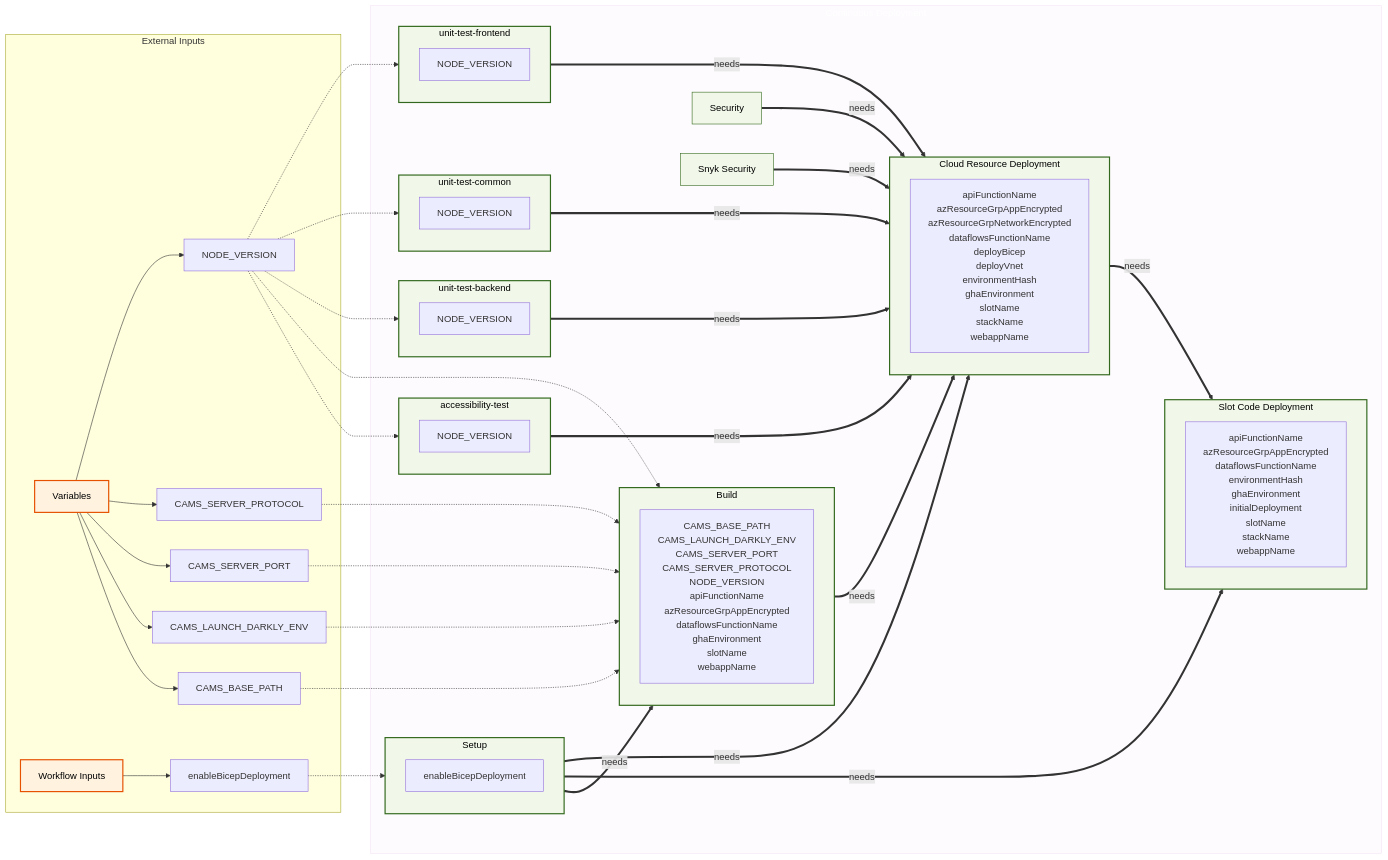
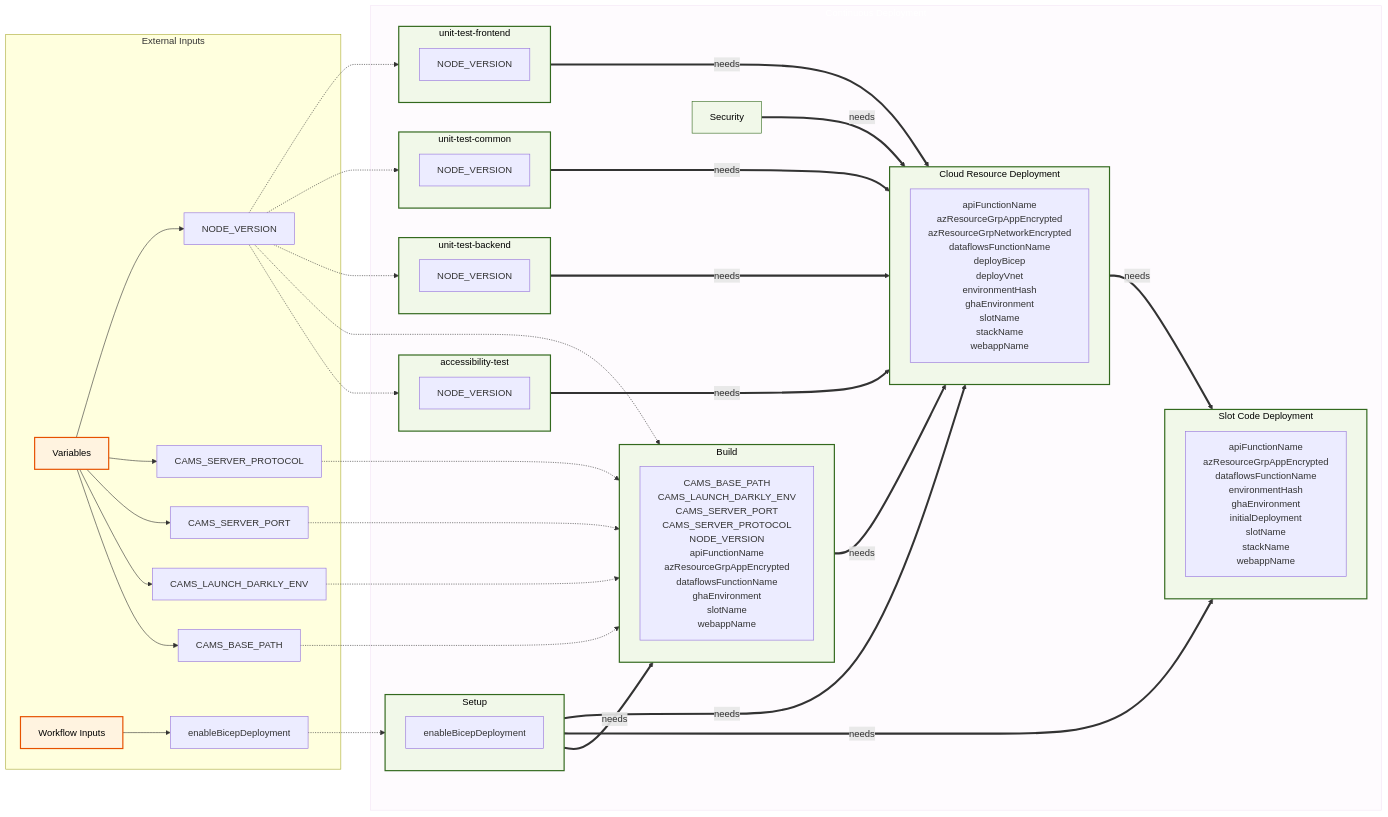
Before and after one commit to US-Trustee-Program/Bankruptcy-Oversight-Support-Systems: diagram 14 of 21 in docs/operations/workflow-diagram.md, drawn with Mermaid. The commit also changed other lines of this file and 18 other files, not shown here.

```diff
--- a/docs/operations/workflow-diagram.md
+++ b/docs/operations/workflow-diagram.md
@@ -944,7 +827,6 @@
             unit_test_common_vars["NODE_VERSION"]
         end
         security_scan["Security"]
-        snyk_security_scan["Snyk Security"]
         subgraph build_subgraph["Build"]
             build_vars["CAMS_BASE_PATH<br/>CAMS_LAUNCH_DARKLY_ENV<br/>CAMS_SERVER_PORT<br/>CAMS_SERVER_PROTOCOL<br/>NODE_VERSION<br/>apiFunctionName<br/>azResourceGrpAppEncrypted<br/>dataflowsFunctionName<br/>ghaEnvironment<br/>slotName<br/>webappName"]
         end
@@ -979,7 +861,6 @@
     setup_subgraph ==>|"needs"| build_subgraph
     setup_subgraph ==>|"needs"| deploy_code_slot_subgraph
     setup_subgraph ==>|"needs"| deploy_subgraph
-    snyk_security_scan ==>|"needs"| deploy_subgraph
     unit_test_backend_subgraph ==>|"needs"| deploy_subgraph
     unit_test_common_subgraph ==>|"needs"| deploy_subgraph
     unit_test_frontend_subgraph ==>|"needs"| deploy_subgraph
@@ -997,7 +878,6 @@
     class deploy_code_slot_subgraph jobSubgraph
     class security_scan job
     class setup_subgraph jobSubgraph
-    class snyk_security_scan job
     class unit_test_backend_subgraph jobSubgraph
     class unit_test_common_subgraph jobSubgraph
     class unit_test_frontend_subgraph jobSubgraph
```
